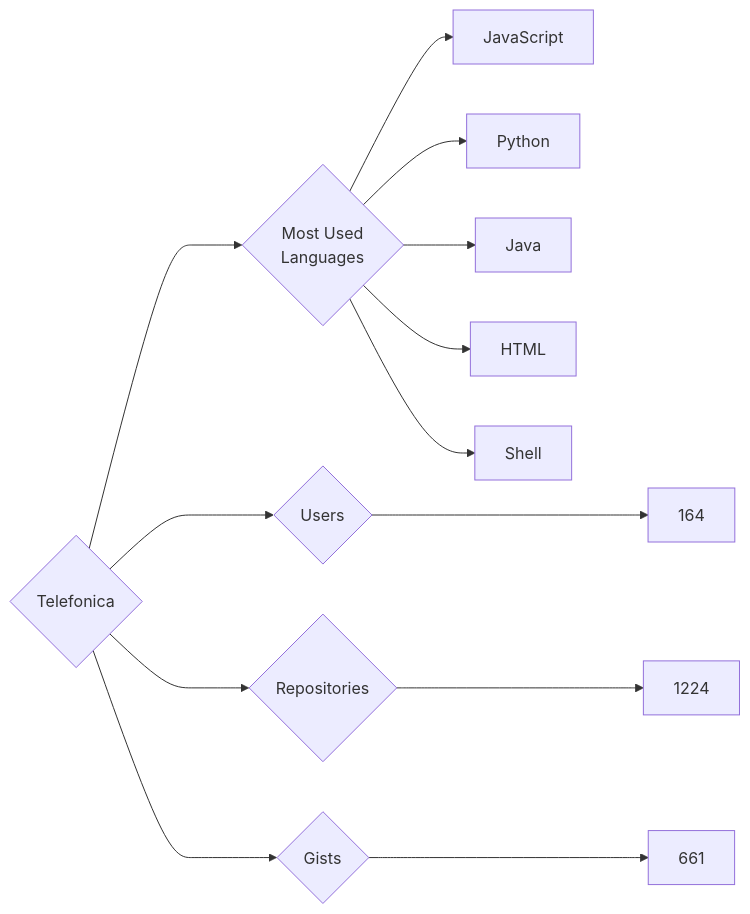
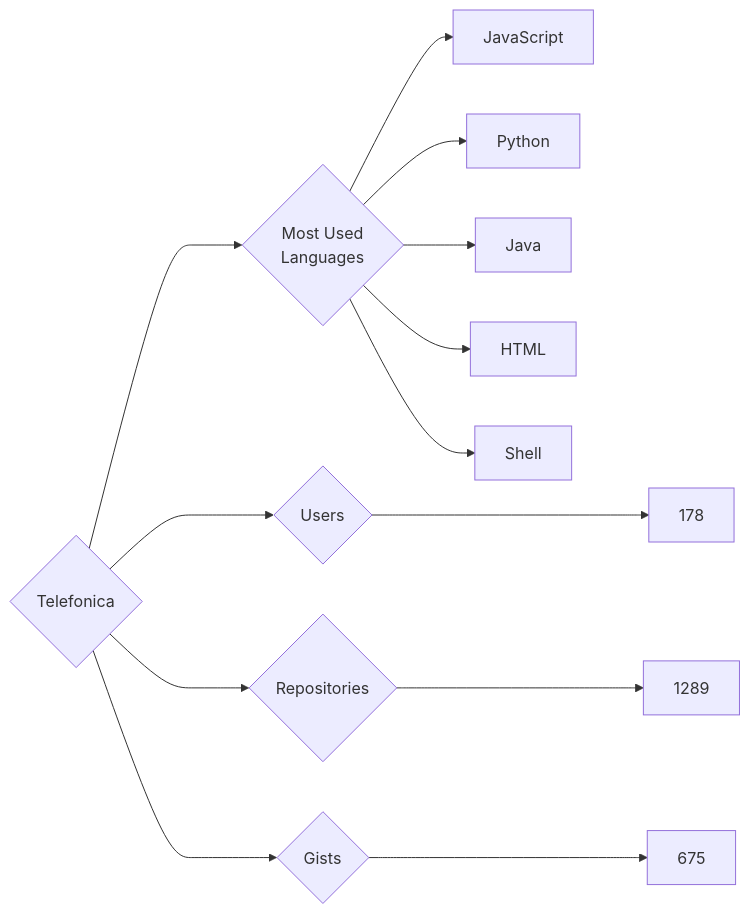
The diagram in targets/Telefonica/README.md (trickest/insiders), drawn with Mermaid before and after one commit. The commit also changed 1696 other files, not shown here.

````diff
--- a/targets/Telefonica/README.md
+++ b/targets/Telefonica/README.md
@@ -3,13 +3,13 @@
 ```mermaid
 graph LR
 COMPANY_NAME{Telefonica}
-COMPANY_NAME ---> U{Users} ---> UN[164]
-COMPANY_NAME ---> R{Repositories} ---> RN[1224]
-COMPANY_NAME ---> G{Gists} ---> GN[661]
+COMPANY_NAME ---> U{Users} ---> UN[178]
+COMPANY_NAME ---> R{Repositories} ---> RN[1289]
+COMPANY_NAME ---> G{Gists} ---> GN[675]
 COMPANY_NAME ---> ML{Most Used<br>Languages}
 ML --> JavaScript[JavaScript]
 ML --> Python[Python]
 ML --> Java[Java]
 ML --> HTML[HTML]
 ML --> Shell[Shell]
 ```
````
